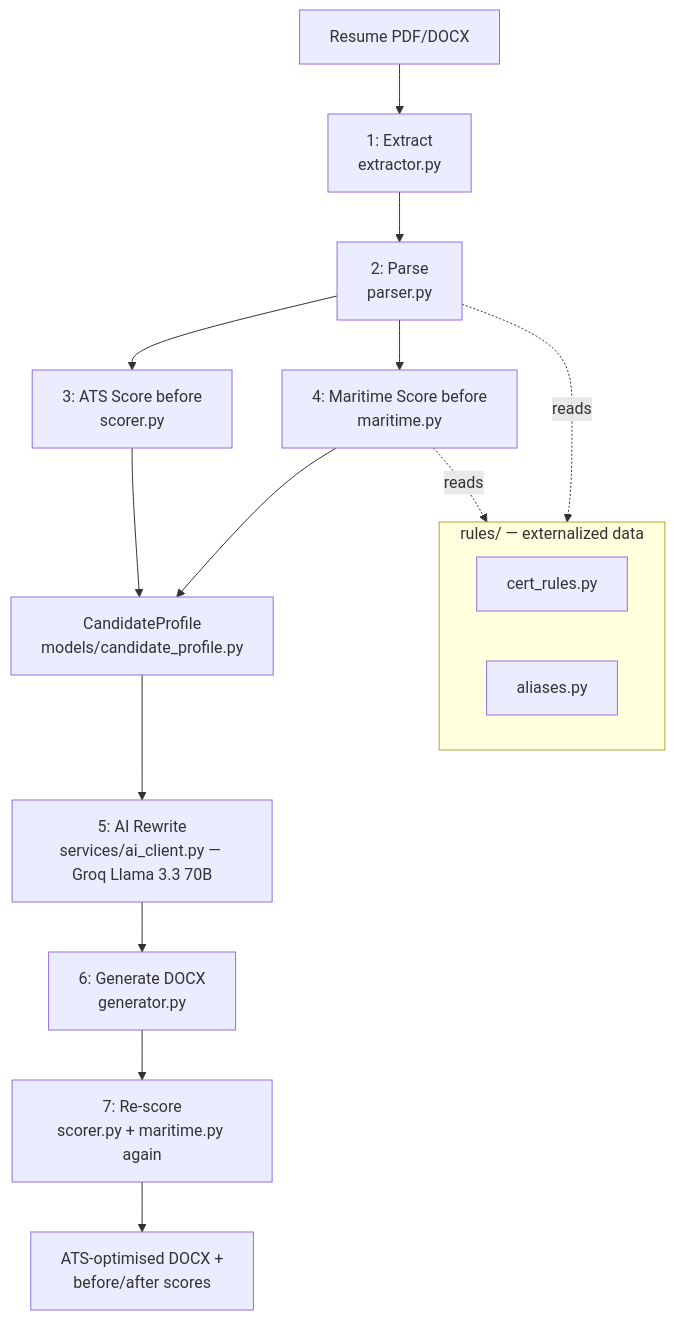
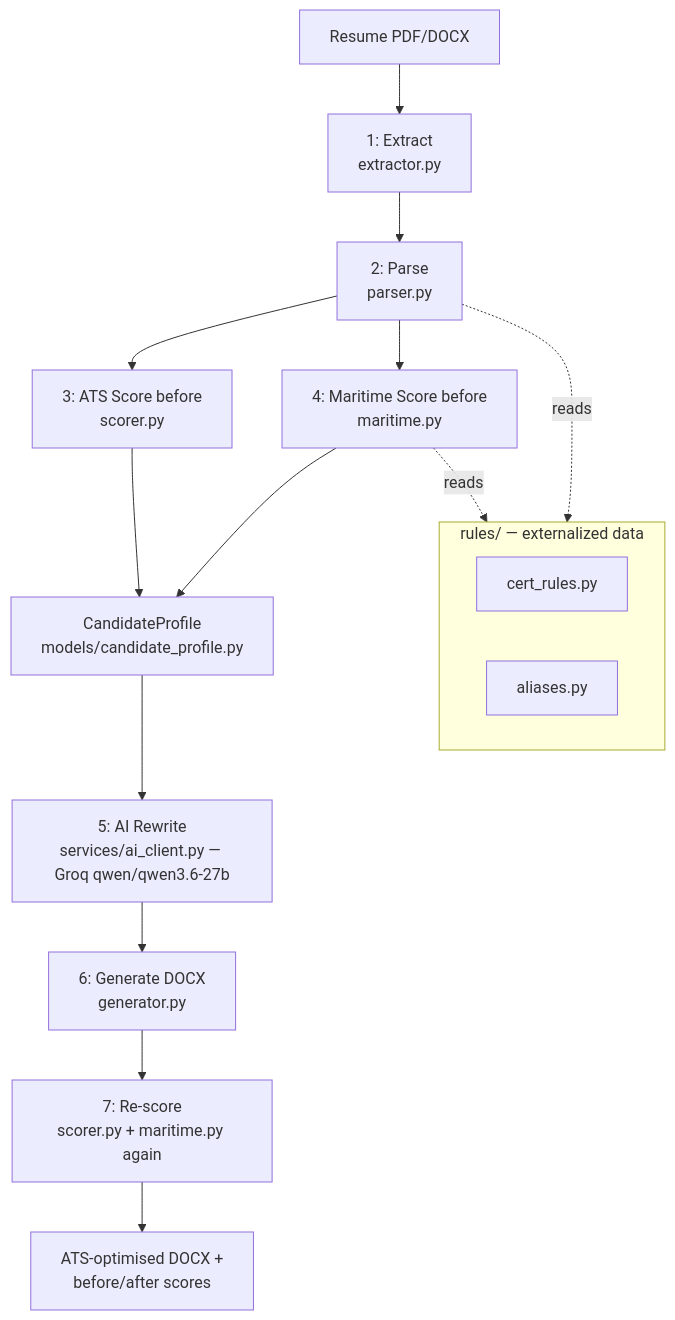
One commit to shreyabansalll/MYC-ATS changed the diagram in CLAUDE.md. Above: the diagram before and after it, drawn with Mermaid. The commit also changed other lines of this file and 31 other files, not shown here.

````diff
--- a/CLAUDE.md
+++ b/CLAUDE.md
@@ -21,20 +21,20 @@
 ```mermaid
 flowchart TD
     U[Resume PDF/DOCX] --> S1[1: Extract\nextractor.py]
     S1 --> S2[2: Parse\nparser.py]
     S2 --> S3[3: ATS Score before\nscorer.py]
     S2 --> S4[4: Maritime Score before\nmaritime.py]
     S3 --> CP[CandidateProfile\nmodels/candidate_profile.py]
     S4 --> CP
-    CP --> S5[5: AI Rewrite\nservices/ai_client.py — Groq Llama 3.3 70B]
+    CP --> S5[5: AI Rewrite\nservices/ai_client.py — Groq qwen/qwen3.6-27b]
     S5 --> S6[6: Generate DOCX\ngenerator.py]
     S6 --> S7[7: Re-score\nscorer.py + maritime.py again]
     S7 --> OUT[ATS-optimised DOCX +\nbefore/after scores]
 
     subgraph rules[rules/ — externalized data]
         CR[cert_rules.py]
         AL[aliases.py]
     end
     S4 -.reads.-> rules
     S2 -.reads.-> rules
 ```
````
